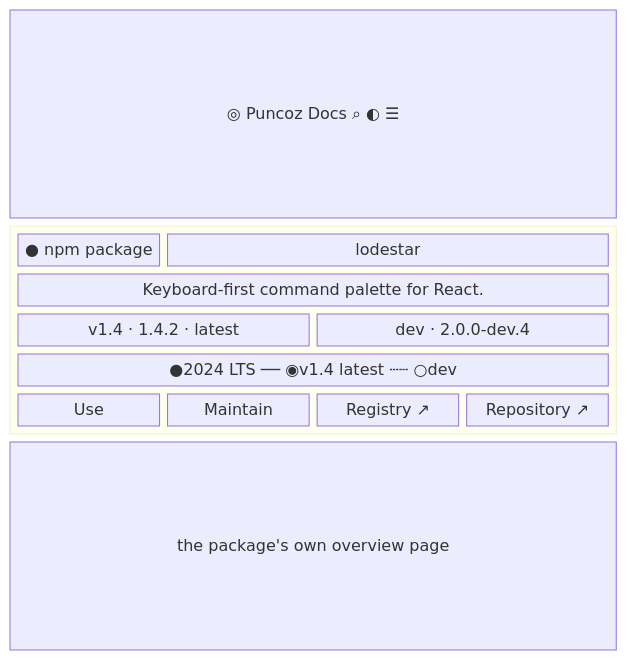
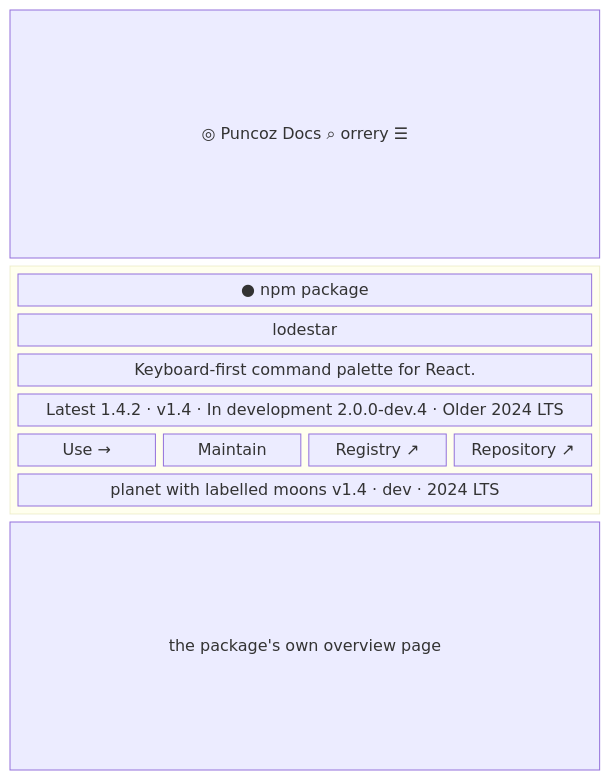
One commit to nepal-dev-com/docs.nepal-dev.com changed the third of 8 diagrams in content/docs/maintain/app-flow/site-pages.mdx. Above: the diagram before and after it, drawn with Mermaid. The commit also changed other lines of this file and 63 other files, not shown here.

````diff
--- a/content/docs/maintain/app-flow/site-pages.mdx
+++ b/content/docs/maintain/app-flow/site-pages.mdx
@@ -96,14 +100,15 @@
 ```mermaid
 block-beta
   columns 4
-  hdr["◎ Puncoz Docs   ⌕ ◐ ☰"]:4
+  hdr["◎ Puncoz Docs   ⌕ orrery ☰"]:4
   block:hero:4
     columns 4
-    dot["● npm package"] name["lodestar"]:3
+    kind["● npm package"]:4
+    name["lodestar"]:4
     desc["Keyboard-first command palette for React."]:4
-    ver["v1.4 · 1.4.2 · latest"]:2 dev["dev · 2.0.0-dev.4"]:2
-    rail["●2024 LTS ── ◉v1.4 latest ┄┄ ○dev"]:4
-    use["Use"] maint["Maintain"] reg["Registry ↗"] repo["Repository ↗"]
+    facts["Latest 1.4.2 · v1.4 · In development 2.0.0-dev.4 · Older 2024 LTS"]:4
+    use["Use →"] maint["Maintain"] reg["Registry ↗"] repo["Repository ↗"]
+    draw["planet with labelled moons v1.4 · dev · 2024 LTS"]:4
   end
   body["the package's own overview page"]:4
 ```
````
